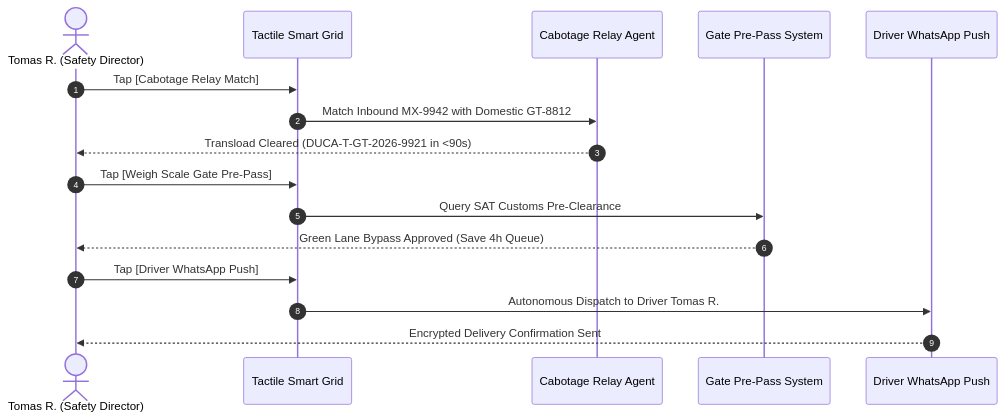
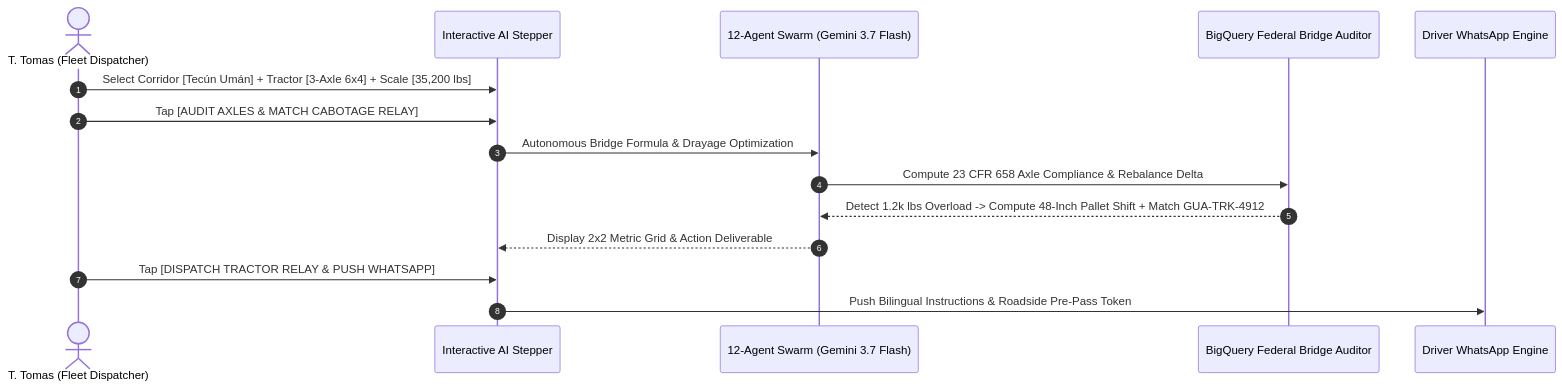
One commit to CostaCloudSA/all-things-logistics changed the diagram in docs/demos/DEMO_2_TRANSPORTES_TOMAS_MOTOR_CARRIER.md. Above: the diagram before and after it, drawn with Mermaid. The commit also changed other lines of this file and 8 other files, not shown here.

Commit message:
feat: multi-step interactive AI demos with smart chips, numerical inputs & under-construction guide modals

````diff
--- a/docs/demos/DEMO_2_TRANSPORTES_TOMAS_MOTOR_CARRIER.md
+++ b/docs/demos/DEMO_2_TRANSPORTES_TOMAS_MOTOR_CARRIER.md
@@ -32,19 +35,18 @@
 ```mermaid
 sequenceDiagram
     autonumber
-    actor Dispatcher as Tomas R. (Safety Director)
-    participant Grid as Tactile Smart Grid
-    participant Relay as Cabotage Relay Agent
-    participant Gate as Gate Pre-Pass System
-    participant WhatsApp as Driver WhatsApp Push
+    actor Dispatcher as T. Tomas (Fleet Dispatcher)
+    participant UI as Interactive AI Stepper
+    participant Swarm as 12-Agent Swarm (Gemini 3.7 Flash)
+    participant BQ as BigQuery Federal Bridge Auditor
+    participant WA as Driver WhatsApp Engine
 
-    Dispatcher->>Grid: Tap [Cabotage Relay Match]
-    Grid->>Relay: Match Inbound MX-9942 with Domestic GT-8812
-    Relay-->>Dispatcher: Transload Cleared (DUCA-T-GT-2026-9921 in <90s)
-    Dispatcher->>Grid: Tap [Weigh Scale Gate Pre-Pass]
-    Grid->>Gate: Query SAT Customs Pre-Clearance
-    Gate-->>Dispatcher: Green Lane Bypass Approved (Save 4h Queue)
-    Dispatcher->>Grid: Tap [Driver WhatsApp Push]
-    Grid->>WhatsApp: Autonomous Dispatch to Driver Tomas R.
-    WhatsApp-->>Dispatcher: Encrypted Delivery Confirmation Sent
+    Dispatcher->>UI: Select Corridor [Tecún Umán] + Tractor [3-Axle 6x4] + Scale [35,200 lbs]
+    Dispatcher->>UI: Tap [AUDIT AXLES & MATCH CABOTAGE RELAY]
+    UI->>Swarm: Autonomous Bridge Formula & Drayage Optimization
+    Swarm->>BQ: Compute 23 CFR 658 Axle Compliance & Rebalance Delta
+    BQ-->>Swarm: Detect 1.2k lbs Overload -> Compute 48-Inch Pallet Shift + Match GUA-TRK-4912
+    Swarm-->>UI: Display 2x2 Metric Grid & Action Deliverable
+    Dispatcher->>UI: Tap [DISPATCH TRACTOR RELAY & PUSH WHATSAPP]
+    UI->>WA: Push Bilingual Instructions & Roadside Pre-Pass Token
 ```
````
